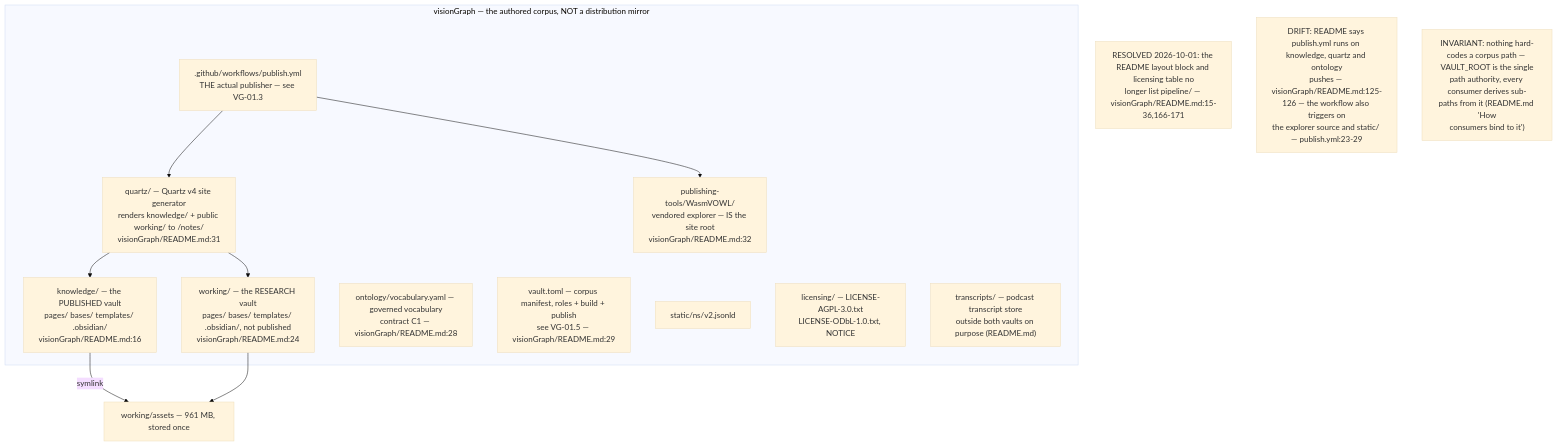
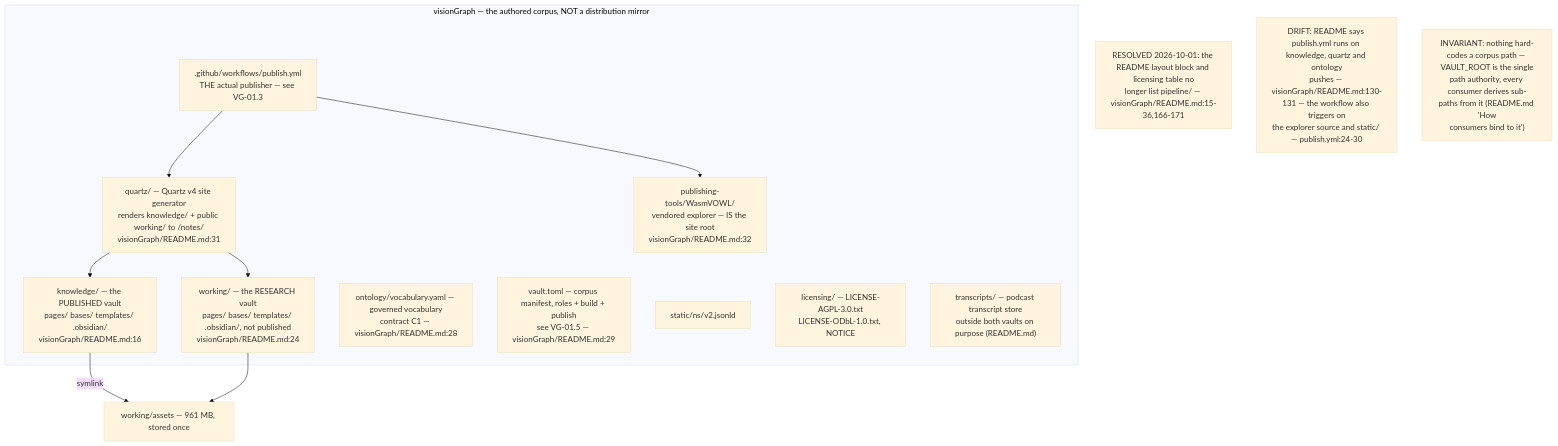
Before and after one commit to DreamLab-AI/VisionFlow: the first of 6 diagrams in docs/diagrams/visiongraph/01-vault-structure-and-contract.md, drawn with Mermaid (base theme). The commit also changed other lines of this file and 160 other files, not shown here.

````diff
--- a/docs/diagrams/visiongraph/01-vault-structure-and-contract.md
+++ b/docs/diagrams/visiongraph/01-vault-structure-and-contract.md
@@ -38,24 +40,24 @@
 ```mermaid
 flowchart TB
     subgraph REPO["visionGraph — the authored corpus, NOT a distribution mirror"]
         KV["knowledge/ — the PUBLISHED vault<br/>pages/ bases/ templates/ .obsidian/<br/>visionGraph/README.md:16"]
         WV["working/ — the RESEARCH vault<br/>pages/ bases/ templates/ .obsidian/, not published<br/>visionGraph/README.md:24"]
         ONT["ontology/vocabulary.yaml — governed vocabulary<br/>contract C1 — visionGraph/README.md:28"]
         VTOML["vault.toml — corpus manifest, roles + build + publish<br/>see VG-01.5 — visionGraph/README.md:29"]
         QRTZ["quartz/ — Quartz v4 site generator<br/>renders knowledge/ + public working/ to #47;notes#47;<br/>visionGraph/README.md:31"]
         PUBTOOLS["publishing-tools/WasmVOWL/<br/>vendored explorer — IS the site root<br/>visionGraph/README.md:32"]
         STATIC["static/ns/v2.jsonld"]
         LIC["licensing/ — LICENSE-AGPL-3.0.txt<br/>LICENSE-ODbL-1.0.txt, NOTICE"]
         TRANS["transcripts/ — podcast transcript store<br/>outside both vaults on purpose #40;README.md#41;"]
         GH[".github/workflows/publish.yml<br/>THE actual publisher — see VG-01.3"]
     end
     KV -->|"symlink"| ASSETS["working/assets — 961 MB, stored once"]
     WV --> ASSETS
     GH --> QRTZ
     GH --> PUBTOOLS
     QRTZ --> KV
     QRTZ --> WV
     note1["RESOLVED 2026-10-01: the README layout block and licensing table no<br/>longer list pipeline#47; — visionGraph/README.md:15-36,166-171"]
-    note3["DRIFT: README says publish.yml runs on knowledge, quartz and ontology<br/>pushes — visionGraph/README.md:125-126 — the workflow also triggers on<br/>the explorer source and static#47; — publish.yml:23-29"]
+    note3["DRIFT: README says publish.yml runs on knowledge, quartz and ontology<br/>pushes — visionGraph/README.md:130-131 — the workflow also triggers on<br/>the explorer source and static#47; — publish.yml:24-30"]
     note2["INVARIANT: nothing hard-codes a corpus path — VAULT_ROOT is the single<br/>path authority, every consumer derives sub-paths from it #40;README.md 'How<br/>consumers bind to it'#41;"]
 ```
````
